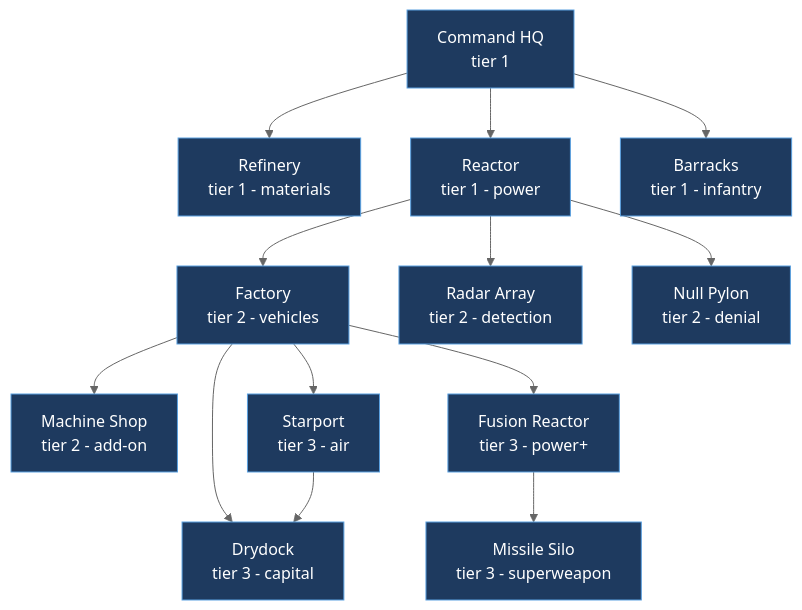
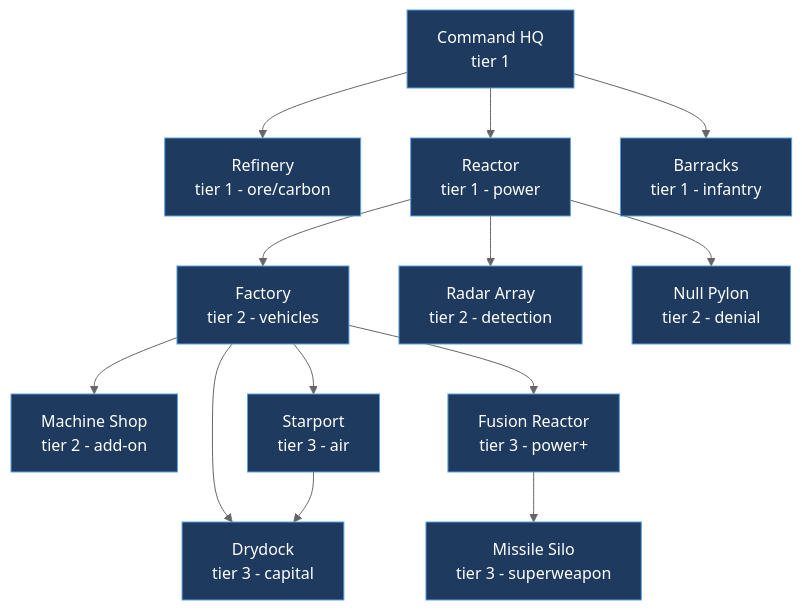
The second of 2 diagrams in docs/tech-tree.md (RubenTipparach/rts-99-jam), drawn with Mermaid (neutral theme) before and after one commit. The commit also changed other lines of this file and 1 other file, not shown here.

First line of the commit message:
docs: adopt five-resource economy (Ore/Carbon/Water/Mana/Power)

````diff
--- a/docs/tech-tree.md
+++ b/docs/tech-tree.md
@@ -151,31 +201,31 @@
 ```mermaid
 graph TD
     HQ["Command HQ<br/>tier 1"]
-    Refinery["Refinery<br/>tier 1 - materials"]
+    Refinery["Refinery<br/>tier 1 - ore/carbon"]
     Reactor["Reactor<br/>tier 1 - power"]
     Barracks["Barracks<br/>tier 1 - infantry"]
     Factory["Factory<br/>tier 2 - vehicles"]
     MachineShop["Machine Shop<br/>tier 2 - add-on"]
     Radar["Radar Array<br/>tier 2 - detection"]
     NullPylon["Null Pylon<br/>tier 2 - denial"]
     Starport["Starport<br/>tier 3 - air"]
     Fusion["Fusion Reactor<br/>tier 3 - power+"]
     Drydock["Drydock<br/>tier 3 - capital"]
     Silo["Missile Silo<br/>tier 3 - superweapon"]
 
     HQ --> Refinery
     HQ --> Reactor
     HQ --> Barracks
     Reactor --> Factory
     Reactor --> Radar
     Reactor --> NullPylon
     Factory --> MachineShop
     Factory --> Starport
     Factory --> Fusion
     Factory --> Drydock
     Starport --> Drydock
     Fusion --> Silo
 
     classDef hollow fill:#1e3a5f,stroke:#5aa0e0,color:#fff;
     class HQ,Refinery,Reactor,Barracks,Factory,MachineShop,Radar,NullPylon,Starport,Fusion,Drydock,Silo hollow;
 ```
````
